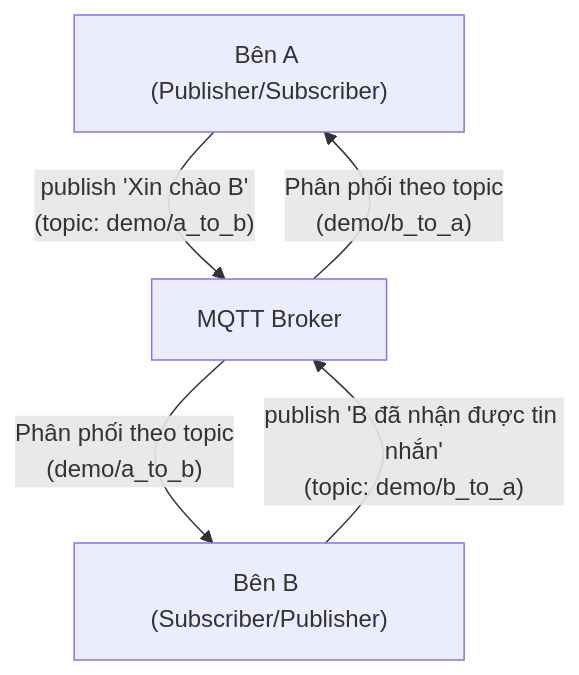
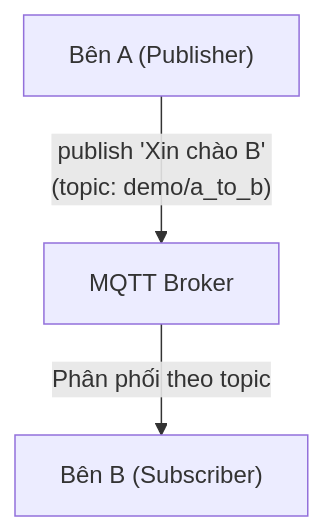
Before and after one commit to NguyenThaiDuong1929/mqtt-nodered-camera: the diagram in README.md, drawn with Mermaid. The commit also changed other lines of this file and 7 other files, not shown here.

Commit message:
Refactor: Keep concise theory, pseudo-code mapping, JSON example, and flows.json

````diff
--- a/README.md
+++ b/README.md
@@ -25,7 +11,5 @@
 ```mermaid
 flowchart TD
-    A["Bên A (Publisher/Subscriber)"] -- "publish 'Xin chào B'<br/>(topic: demo/a_to_b)" --> Broker["MQTT Broker"]
-    Broker -- "Phân phối theo topic<br/>(demo/a_to_b)" --> B["Bên B (Subscriber/Publisher)"]
-    B -- "publish 'B đã nhận được tin nhắn'<br/>(topic: demo/b_to_a)" --> Broker
-    Broker -- "Phân phối theo topic<br/>(demo/b_to_a)" --> A
+    A["Bên A (Publisher)"] -- "publish 'Xin chào B'<br/>(topic: demo/a_to_b)" --> Broker["MQTT Broker"]
+    Broker -- "Phân phối theo topic" --> B["Bên B (Subscriber)"]
 ```
````
